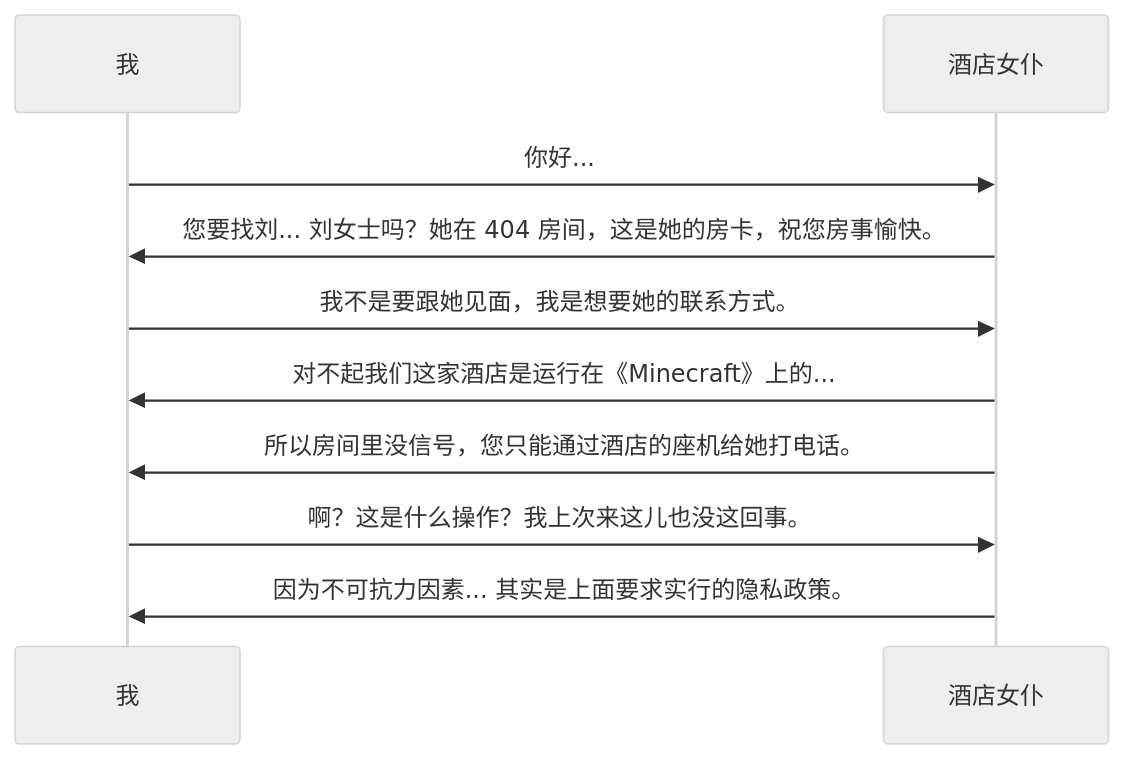
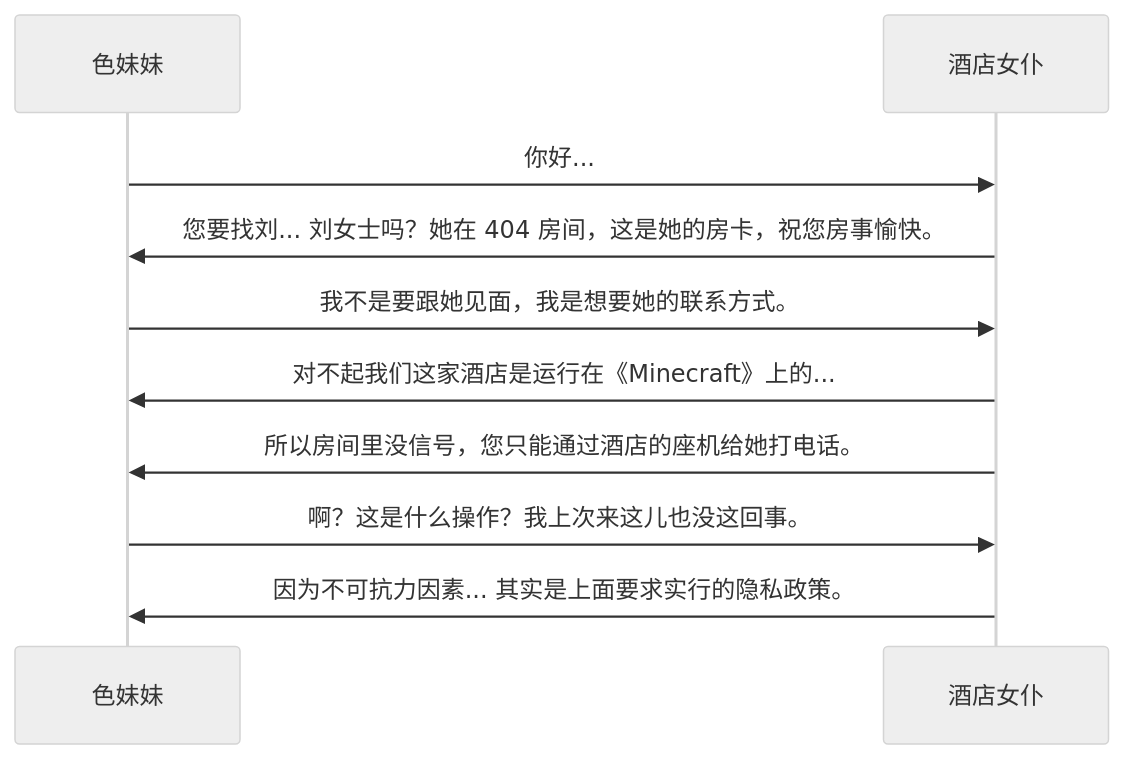
Before and after one commit to sb-child/sb-child: the fourth of 27 diagrams in content/posts/the-comments-system.md, drawn with Mermaid (neutral theme). The commit also changed other lines of this file, not shown here.

````diff
--- a/content/posts/the-comments-system.md
+++ b/content/posts/the-comments-system.md
@@ -194,10 +194,10 @@
 ```mermaid
 sequenceDiagram
-    我->>酒店女仆: 你好...
-    酒店女仆->>我: 您要找刘... 刘女士吗？她在 404 房间，这是她的房卡，祝您房事愉快。
-    我->>酒店女仆: 我不是要跟她见面，我是想要她的联系方式。
-    酒店女仆->>我: 对不起我们这家酒店是运行在《Minecraft》上的...
-    酒店女仆->>我: 所以房间里没信号，您只能通过酒店的座机给她打电话。
-    我->>酒店女仆: 啊？这是什么操作？我上次来这儿也没这回事。
-    酒店女仆->>我: 因为不可抗力因素... 其实是上面要求实行的隐私政策。
+    色妹妹->>酒店女仆: 你好...
+    酒店女仆->>色妹妹: 您要找刘... 刘女士吗？她在 404 房间，这是她的房卡，祝您房事愉快。
+    色妹妹->>酒店女仆: 我不是要跟她见面，我是想要她的联系方式。
+    酒店女仆->>色妹妹: 对不起我们这家酒店是运行在《Minecraft》上的...
+    酒店女仆->>色妹妹: 所以房间里没信号，您只能通过酒店的座机给她打电话。
+    色妹妹->>酒店女仆: 啊？这是什么操作？我上次来这儿也没这回事。
+    酒店女仆->>色妹妹: 因为不可抗力因素... 其实是上面要求实行的隐私政策。
 ```
````
